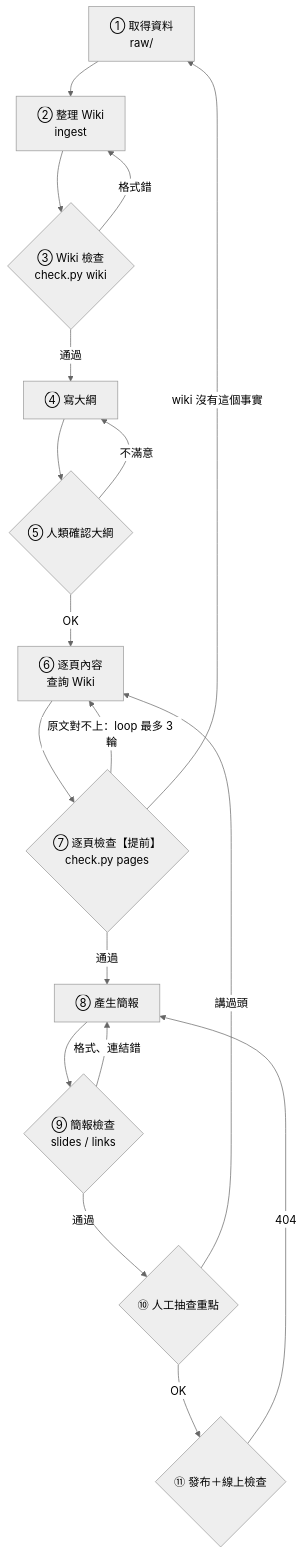
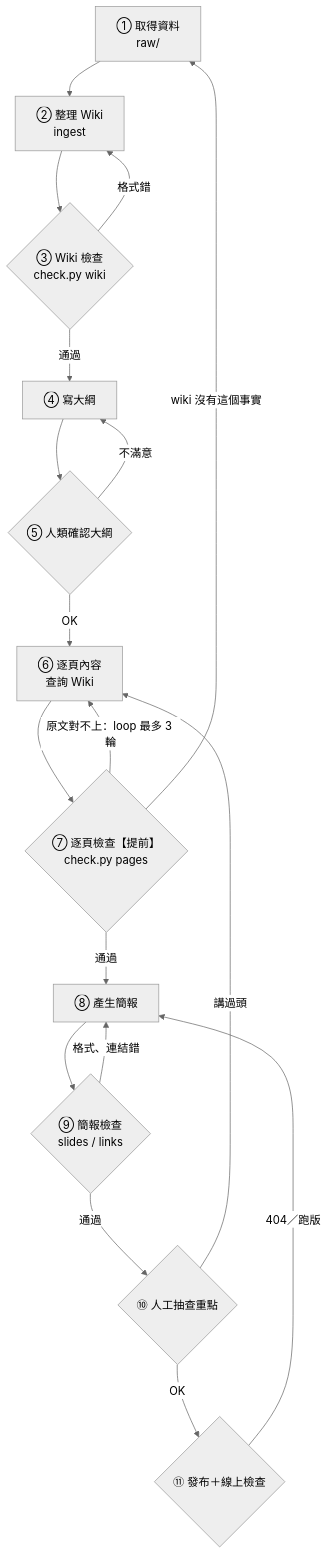
One commit to b123090032-lab/llm-wiki-diffusion changed the diagram in docs/workflow.md. Above: the diagram before and after it, drawn with Mermaid (neutral theme). The commit also changed other lines of this file and 15 other files, not shown here.

````diff
--- a/docs/workflow.md
+++ b/docs/workflow.md
@@ -12,20 +12,20 @@
 ```mermaid
 flowchart TD
   A[① 取得資料<br>raw/] --> B[② 整理 Wiki<br>ingest]
   B --> C{③ Wiki 檢查<br>check.py wiki}
   C -- 格式錯 --> B
   C -- 通過 --> D[④ 寫大綱]
   D --> E{⑤ 人類確認大綱}
   E -- 不滿意 --> D
   E -- OK --> F[⑥ 逐頁內容<br>查詢 Wiki]
   F --> G{⑦ 逐頁檢查【提前】<br>check.py pages}
   G -- 原文對不上：loop 最多 3 輪 --> F
   G -- wiki 沒有這個事實 --> A
   G -- 通過 --> H[⑧ 產生簡報]
   H --> I{⑨ 簡報檢查<br>slides / links}
   I -- 格式、連結錯 --> H
   I -- 通過 --> J{⑩ 人工抽查重點}
   J -- 講過頭 --> F
   J -- OK --> K{⑪ 發布＋線上檢查}
-  K -- 404 --> H
+  K -- 404／跑版 --> H
 ```
````
